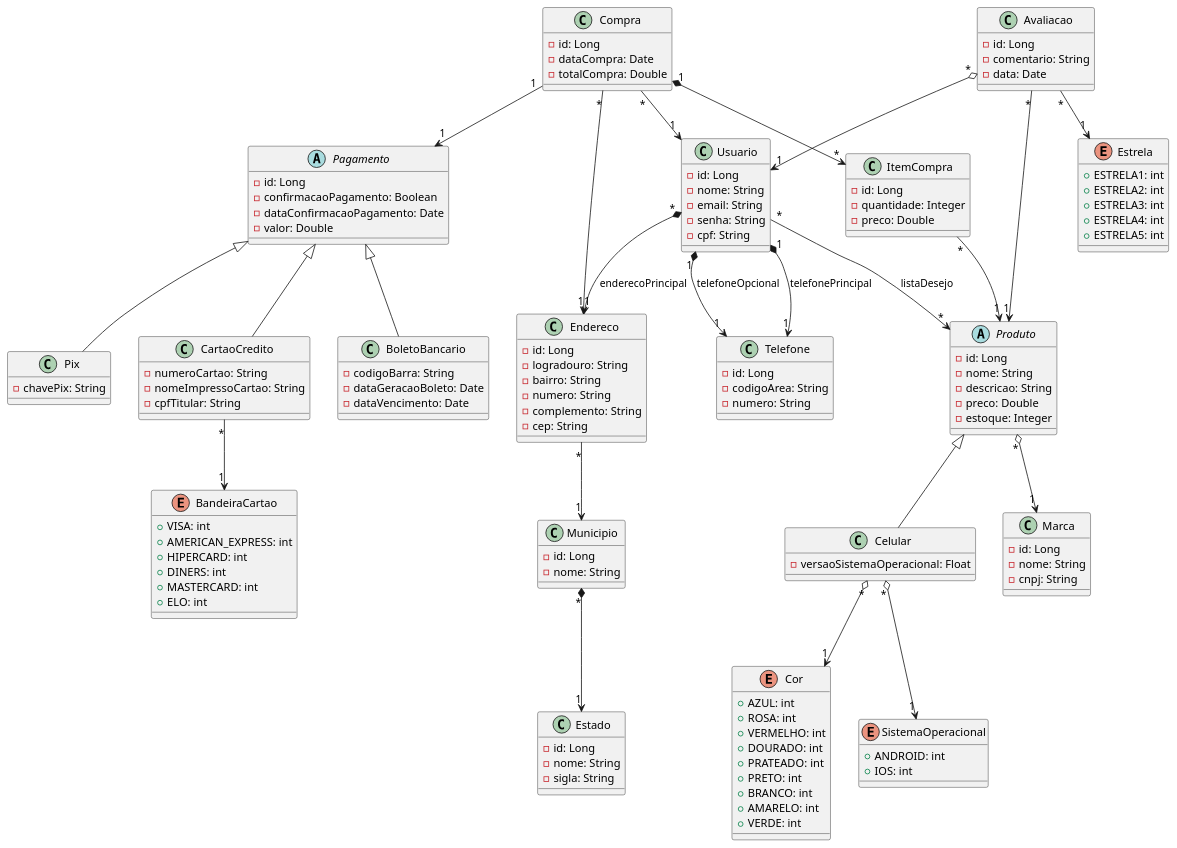
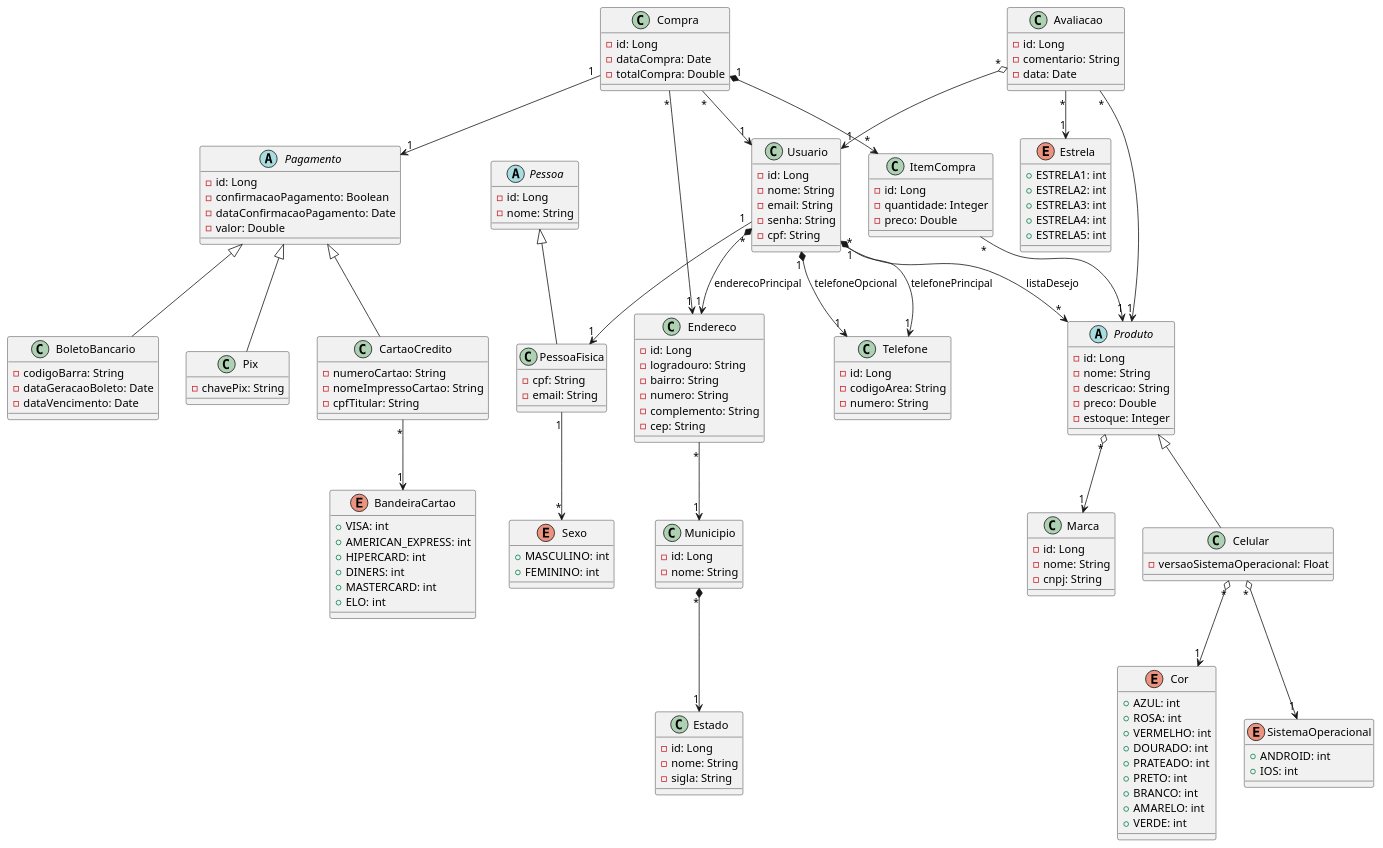
One commit to HitaloAguiar/Project_ecommerce changed the diagram in ecommerce-Celular.plantuml. Above: the diagram before and after it, drawn with PlantUML. The commit also changed 69 other files, not shown here.

```diff
--- a/ecommerce-Celular.plantuml
+++ b/ecommerce-Celular.plantuml
@@ -42,6 +42,24 @@
         - id: Long
         - nome: String
         - cnpj: String
+    }
+
+    abstract class Pessoa {
+
+        - id: Long
+        - nome: String
+    }
+
+    class PessoaFisica {
+
+        - cpf: String
+        - email: String
+    }
+
+    enum Sexo {
+
+        + MASCULINO: int
+        + FEMININO: int
     }
 
     class Usuario {
@@ -160,6 +178,11 @@
 
     Endereco "*" --> "1" Municipio
 
+    PessoaFisica "1" --> "*" Sexo
+
+    PessoaFisica -up-|> Pessoa
+
+    Usuario "1" --> "1" PessoaFisica
     Usuario "*" --> "*" Produto: listaDesejo
     Usuario "1" *--> "1" Telefone: telefonePrincipal
     Usuario "1" *--> "1" Telefone: telefoneOpcional
```
